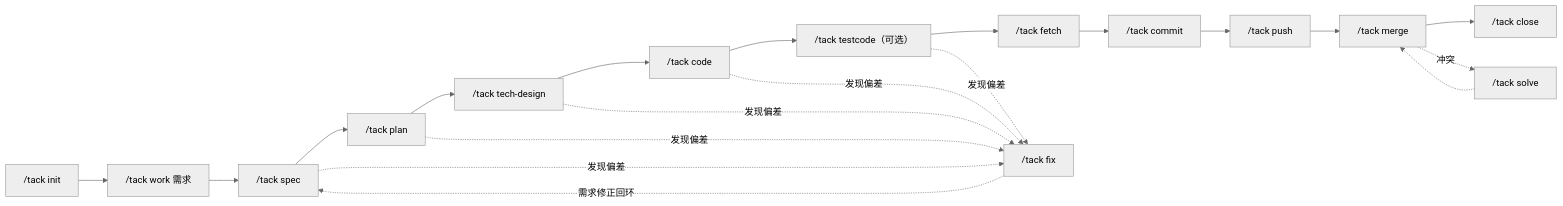
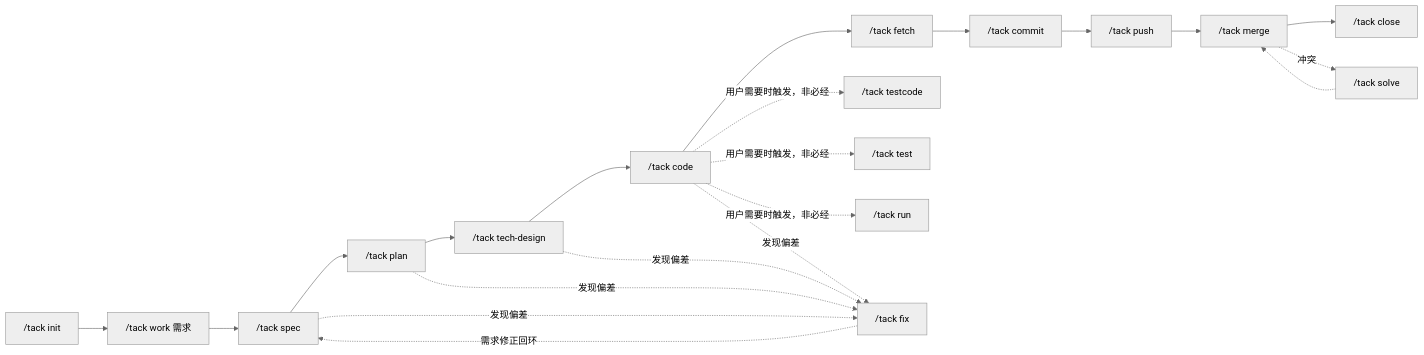
The diagram in README.md (frcoder-lh/tack-harness), drawn with Mermaid (neutral theme) before and after one commit. The commit also changed other lines of this file and 58 other files, not shown here.

````diff
--- a/README.md
+++ b/README.md
@@ -230,18 +238,20 @@
 ```mermaid
 flowchart LR
     A["/tack init"] --> B["/tack work 需求"]
     B --> C["/tack spec"]
     C --> D["/tack plan"]
     D --> E["/tack tech-design"]
     E --> F["/tack code"]
-    F --> G["/tack testcode（可选）"]
-    G --> H["/tack fetch"]
+    F --> H["/tack fetch"]
     H --> I["/tack commit"]
     I --> J["/tack push"]
     J --> K["/tack merge"]
     K --> L["/tack close"]
-    C & D & E & F & G -. 发现偏差 .-> M["/tack fix"]
+    F -. 用户需要时触发，非必经 .-> G["/tack testcode"]
+    F -. 用户需要时触发，非必经 .-> G2["/tack test"]
+    F -. 用户需要时触发，非必经 .-> G3["/tack run"]
+    C & D & E & F -. 发现偏差 .-> M["/tack fix"]
     M -. 需求修正回环 .-> C
     K -. 冲突 .-> N["/tack solve"]
     N -.-> K
 ```
````
